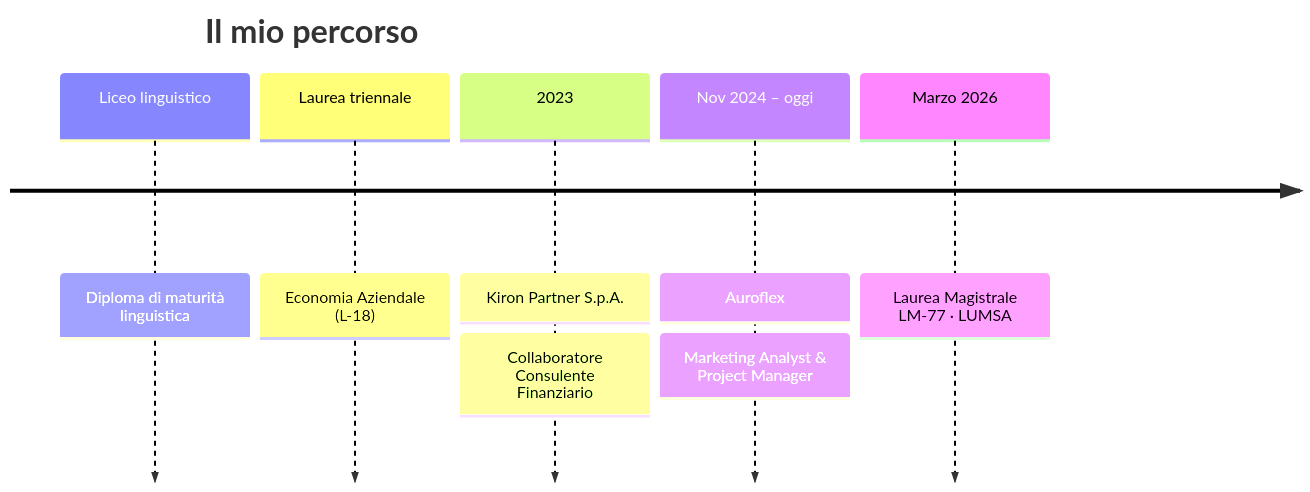
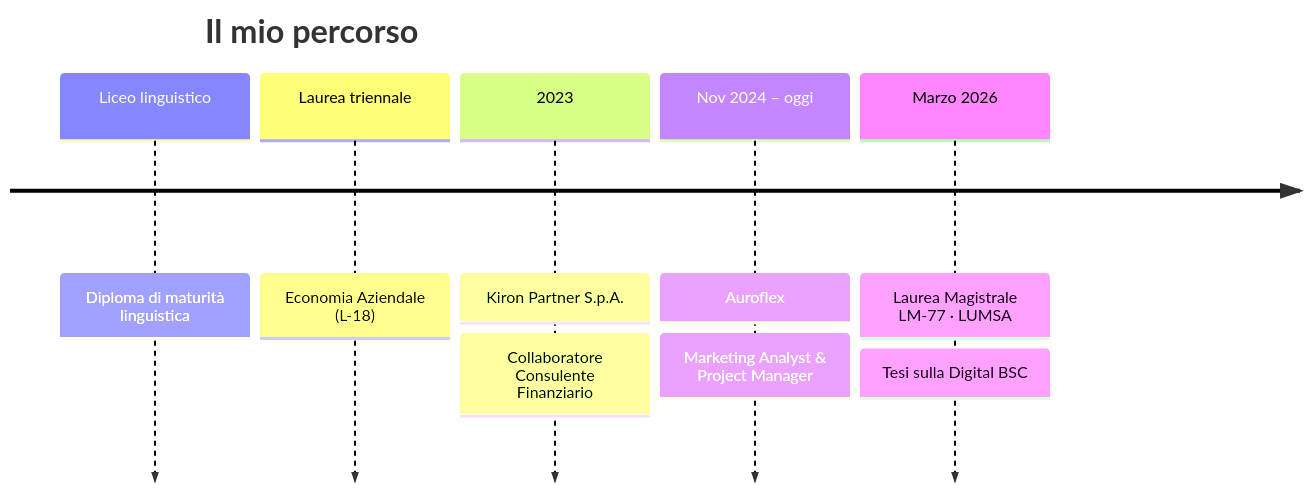
One commit to rrandazzo1-sketch/rrandazzo1-sketch changed the diagram in README.md. Above: the diagram before and after it, drawn with Mermaid. The commit also changed other lines of this file and 6 other files, not shown here.

````diff
--- a/README.md
+++ b/README.md
@@ -114,9 +176,9 @@
 ```mermaid
 timeline
     title Il mio percorso
     Liceo linguistico : Diploma di maturità linguistica
     Laurea triennale  : Economia Aziendale (L-18)
     2023              : Kiron Partner S.p.A. : Collaboratore Consulente Finanziario
     Nov 2024 – oggi   : Auroflex : Marketing Analyst & Project Manager
-    Marzo 2026        : Laurea Magistrale LM-77 · LUMSA
+    Marzo 2026        : Laurea Magistrale LM-77 · LUMSA : Tesi sulla Digital BSC
 ```
````
